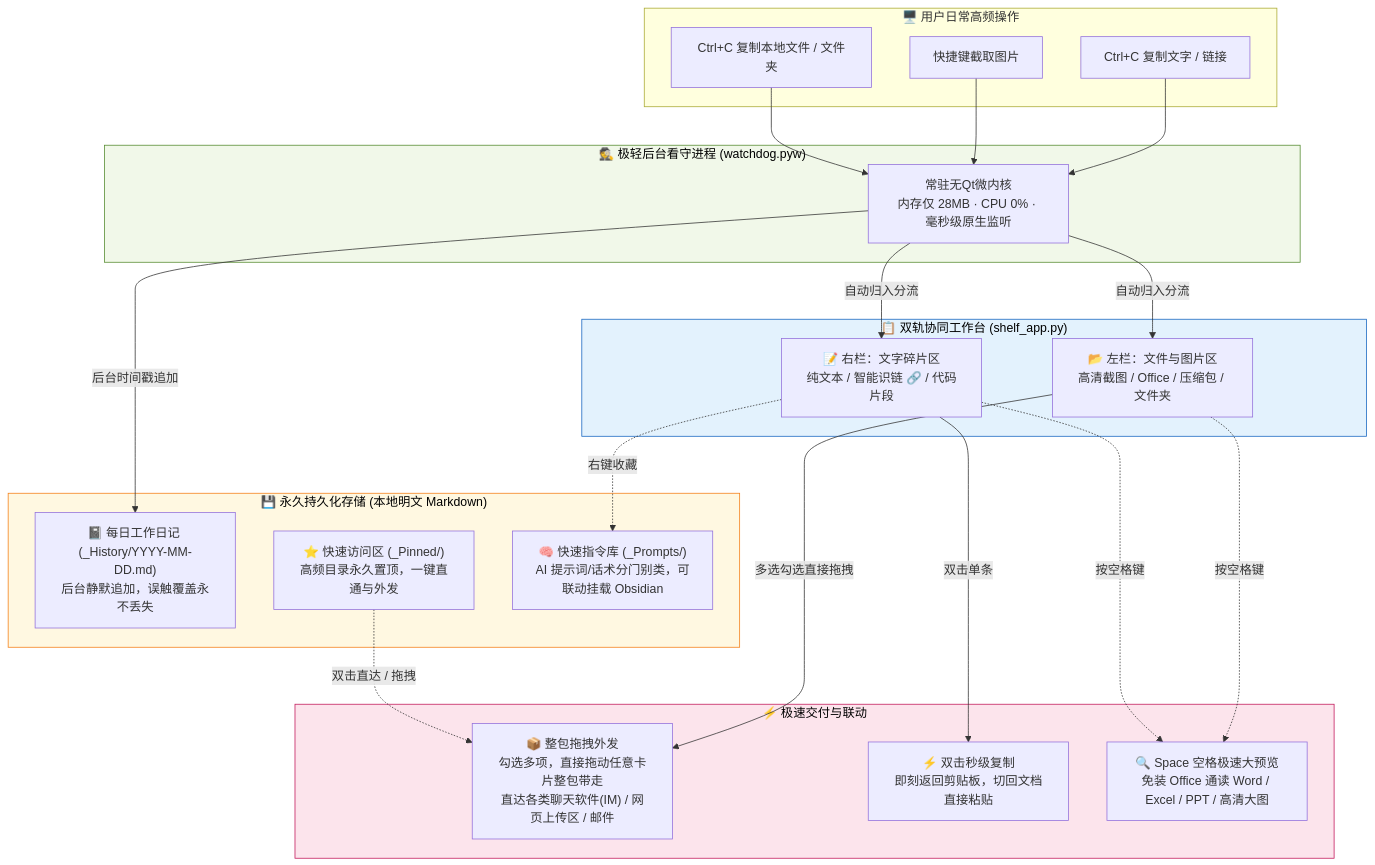
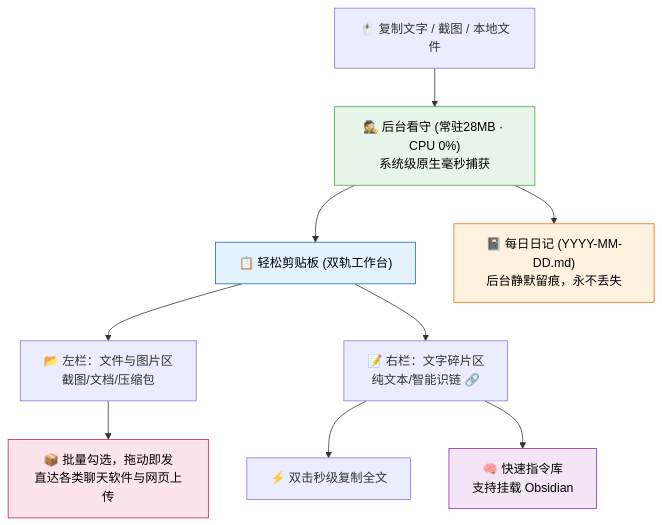
The first of 7 diagrams in README.md (CatBoss-Paw/EasyClipboard), drawn with Mermaid before and after one commit. The commit also changed other lines of this file, not shown here.

Commit message:
fix(docs): 全面重构所有Mermaid图为紧凑纵向流，短行规整换行，彻底根除横向挤压与文字截断

````diff
--- a/README.md
+++ b/README.md
@@ -49,50 +49,20 @@
 ```mermaid
-graph TB
-    subgraph S_INPUT ["🖥️ 用户日常高频操作"]
-        A1["Ctrl+C 复制文字 / 链接"]
-        A2["快捷键截取图片"]
-        A3["Ctrl+C 复制本地文件 / 文件夹"]
-    end
+graph TD
+    A["🖱️ 复制文字 / 截图 / 本地文件"] --> W["🕵️ 后台看守 (常驻28MB · CPU 0%)<br/>系统级原生毫秒捕获"]
 
-    subgraph S_CORE ["🕵️ 极轻后台看守进程 (watchdog.pyw)"]
-        W["常驻无Qt微内核<br/>内存仅 28MB · CPU 0% · 毫秒级原生监听"]
-    end
+    W --> S["📋 轻松剪贴板 (双轨工作台)"]
+    W --> J["📓 每日日记 (YYYY-MM-DD.md)<br/>后台静默留痕，永不丢失"]
 
-    subgraph S_SHELF ["📋 双轨协同工作台 (shelf_app.py)"]
-        LEFT["📂 左栏：文件与图片区<br/>高清截图 / Office / 压缩包 / 文件夹"]
-        RIGHT["📝 右栏：文字碎片区<br/>纯文本 / 智能识链 🔗 / 代码片段"]
-    end
+    S --> L["📂 左栏：文件与图片区<br/>截图/文档/压缩包"]
+    S --> R["📝 右栏：文字碎片区<br/>纯文本/智能识链 🔗"]
 
-    subgraph S_ACTION ["⚡ 极速交付与联动"]
-        ACT_DRAG["📦 整包拖拽外发<br/>勾选多项，直接拖动任意卡片整包带走<br/>直达各类聊天软件(IM) / 网页上传区 / 邮件"]
-        ACT_COPY["⚡ 双击秒级复制<br/>即刻返回剪贴板，切回文档直接粘贴"]
-        ACT_PREV["🔍 Space 空格极速大预览<br/>免装 Office 通读 Word / Excel / PPT / 高清大图"]
-    end
+    L --> D["📦 批量勾选，拖动即发<br/>直达各类聊天软件与网页上传"]
+    R --> C["⚡ 双击秒级复制全文"]
+    R --> P["🧠 快速指令库<br/>支持挂载 Obsidian"]
 
-    subgraph S_PERSIST ["💾 永久持久化存储 (本地明文 Markdown)"]
-        J["📓 每日工作日记 (_History/YYYY-MM-DD.md)<br/>后台静默追加，误触覆盖永不丢失"]
-        P["⭐ 快速访问区 (_Pinned/)<br/>高频目录永久置顶，一键直通与外发"]
-        K["🧠 快速指令库 (_Prompts/)<br/>AI 提示词/话术分门别类，可联动挂载 Obsidian"]
-    end
-
-    A1 --> W
-    A2 --> W
-    A3 --> W
-
-    W -->|自动归入分流| LEFT
-    W -->|自动归入分流| RIGHT
-    W -->|后台时间戳追加| J
-
-    LEFT -->|多选勾选直接拖拽| ACT_DRAG
-    RIGHT -->|双击单条| ACT_COPY
-    LEFT -.->|按空格键| ACT_PREV
-    RIGHT -.->|按空格键| ACT_PREV
-
-    RIGHT -.->|右键收藏| K
-    P -.->|双击直达 / 拖拽| ACT_DRAG
-
-    style S_CORE fill:#f1f8e9,stroke:#558b2f,color:#000
-    style S_SHELF fill:#e3f2fd,stroke:#1565c0,color:#000
-    style S_ACTION fill:#fce4ec,stroke:#c2185b,color:#000
-    style S_PERSIST fill:#fff8e1,stroke:#f57f17,color:#000
+    style W fill:#e8f5e9,stroke:#43a047,color:#000
+    style S fill:#e3f2fd,stroke:#1565c0,color:#000
+    style J fill:#fff3e0,stroke:#ef6c00,color:#000
+    style D fill:#fce4ec,stroke:#c2185b,color:#000
+    style P fill:#f3e5f5,stroke:#8e24aa,color:#000
 ```
````
